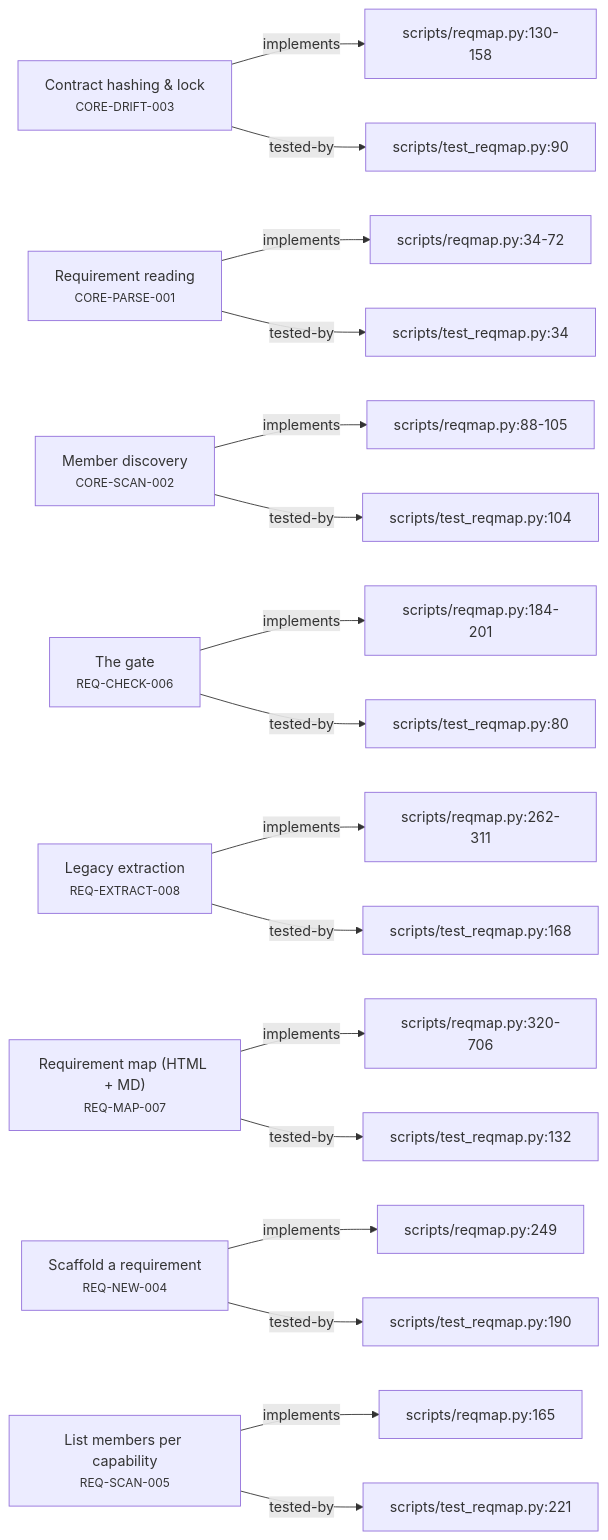
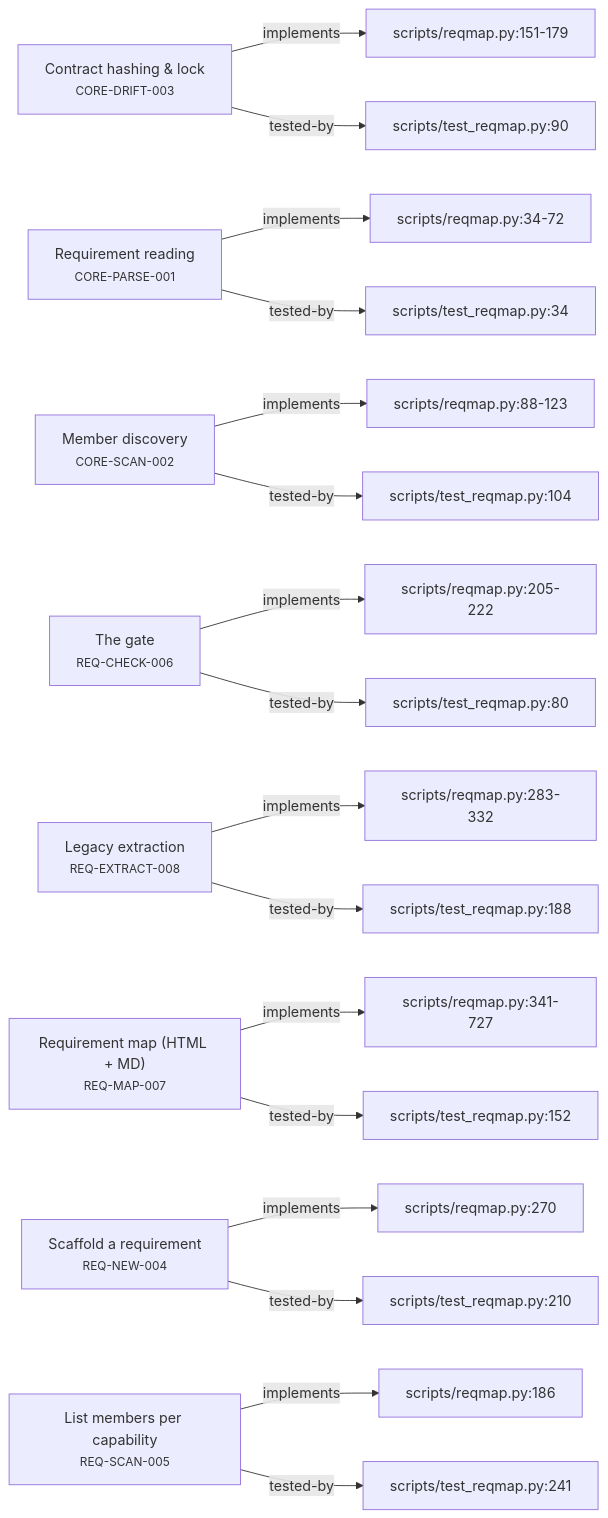
The second of 5 diagrams in plugin/requirements/_map.md (alxmax/Requirement-manager), drawn with Mermaid before and after one commit. The commit also changed other lines of this file and 3 other files, not shown here.

````diff
--- a/plugin/requirements/_map.md
+++ b/plugin/requirements/_map.md
@@ -38,43 +38,43 @@
 ```mermaid
 graph LR
   CORE_DRIFT_003["Contract hashing & lock<br><small>CORE-DRIFT-003</small>"]
-  f_scripts_reqmap_py_130_158["scripts/reqmap.py:130-158"]
-  CORE_DRIFT_003 -->|implements| f_scripts_reqmap_py_130_158
+  f_scripts_reqmap_py_151_179["scripts/reqmap.py:151-179"]
+  CORE_DRIFT_003 -->|implements| f_scripts_reqmap_py_151_179
   f_scripts_test_reqmap_py_90["scripts/test_reqmap.py:90"]
   CORE_DRIFT_003 -->|tested-by| f_scripts_test_reqmap_py_90
   CORE_PARSE_001["Requirement reading<br><small>CORE-PARSE-001</small>"]
   f_scripts_reqmap_py_34_72["scripts/reqmap.py:34-72"]
   CORE_PARSE_001 -->|implements| f_scripts_reqmap_py_34_72
   f_scripts_test_reqmap_py_34["scripts/test_reqmap.py:34"]
   CORE_PARSE_001 -->|tested-by| f_scripts_test_reqmap_py_34
   CORE_SCAN_002["Member discovery<br><small>CORE-SCAN-002</small>"]
-  f_scripts_reqmap_py_88_105["scripts/reqmap.py:88-105"]
-  CORE_SCAN_002 -->|implements| f_scripts_reqmap_py_88_105
+  f_scripts_reqmap_py_88_123["scripts/reqmap.py:88-123"]
+  CORE_SCAN_002 -->|implements| f_scripts_reqmap_py_88_123
   f_scripts_test_reqmap_py_104["scripts/test_reqmap.py:104"]
   CORE_SCAN_002 -->|tested-by| f_scripts_test_reqmap_py_104
   REQ_CHECK_006["The gate<br><small>REQ-CHECK-006</small>"]
-  f_scripts_reqmap_py_184_201["scripts/reqmap.py:184-201"]
-  REQ_CHECK_006 -->|implements| f_scripts_reqmap_py_184_201
+  f_scripts_reqmap_py_205_222["scripts/reqmap.py:205-222"]
+  REQ_CHECK_006 -->|implements| f_scripts_reqmap_py_205_222
   f_scripts_test_reqmap_py_80["scripts/test_reqmap.py:80"]
   REQ_CHECK_006 -->|tested-by| f_scripts_test_reqmap_py_80
   REQ_EXTRACT_008["Legacy extraction<br><small>REQ-EXTRACT-008</small>"]
-  f_scripts_reqmap_py_262_311["scripts/reqmap.py:262-311"]
-  REQ_EXTRACT_008 -->|implements| f_scripts_reqmap_py_262_311
-  f_scripts_test_reqmap_py_168["scripts/test_reqmap.py:168"]
-  REQ_EXTRACT_008 -->|tested-by| f_scripts_test_reqmap_py_168
+  f_scripts_reqmap_py_283_332["scripts/reqmap.py:283-332"]
+  REQ_EXTRACT_008 -->|implements| f_scripts_reqmap_py_283_332
+  f_scripts_test_reqmap_py_188["scripts/test_reqmap.py:188"]
+  REQ_EXTRACT_008 -->|tested-by| f_scripts_test_reqmap_py_188
   REQ_MAP_007["Requirement map (HTML + MD)<br><small>REQ-MAP-007</small>"]
-  f_scripts_reqmap_py_320_706["scripts/reqmap.py:320-706"]
-  REQ_MAP_007 -->|implements| f_scripts_reqmap_py_320_706
-  f_scripts_test_reqmap_py_132["scripts/test_reqmap.py:132"]
-  REQ_MAP_007 -->|tested-by| f_scripts_test_reqmap_py_132
+  f_scripts_reqmap_py_341_727["scripts/reqmap.py:341-727"]
+  REQ_MAP_007 -->|implements| f_scripts_reqmap_py_341_727
+  f_scripts_test_reqmap_py_152["scripts/test_reqmap.py:152"]
+  REQ_MAP_007 -->|tested-by| f_scripts_test_reqmap_py_152
   REQ_NEW_004["Scaffold a requirement<br><small>REQ-NEW-004</small>"]
-  f_scripts_reqmap_py_249["scripts/reqmap.py:249"]
-  REQ_NEW_004 -->|implements| f_scripts_reqmap_py_249
-  f_scripts_test_reqmap_py_190["scripts/test_reqmap.py:190"]
-  REQ_NEW_004 -->|tested-by| f_scripts_test_reqmap_py_190
+  f_scripts_reqmap_py_270["scripts/reqmap.py:270"]
+  REQ_NEW_004 -->|implements| f_scripts_reqmap_py_270
+  f_scripts_test_reqmap_py_210["scripts/test_reqmap.py:210"]
+  REQ_NEW_004 -->|tested-by| f_scripts_test_reqmap_py_210
   REQ_SCAN_005["List members per capability<br><small>REQ-SCAN-005</small>"]
-  f_scripts_reqmap_py_165["scripts/reqmap.py:165"]
-  REQ_SCAN_005 -->|implements| f_scripts_reqmap_py_165
-  f_scripts_test_reqmap_py_221["scripts/test_reqmap.py:221"]
-  REQ_SCAN_005 -->|tested-by| f_scripts_test_reqmap_py_221
+  f_scripts_reqmap_py_186["scripts/reqmap.py:186"]
+  REQ_SCAN_005 -->|implements| f_scripts_reqmap_py_186
+  f_scripts_test_reqmap_py_241["scripts/test_reqmap.py:241"]
+  REQ_SCAN_005 -->|tested-by| f_scripts_test_reqmap_py_241
 ```
````
